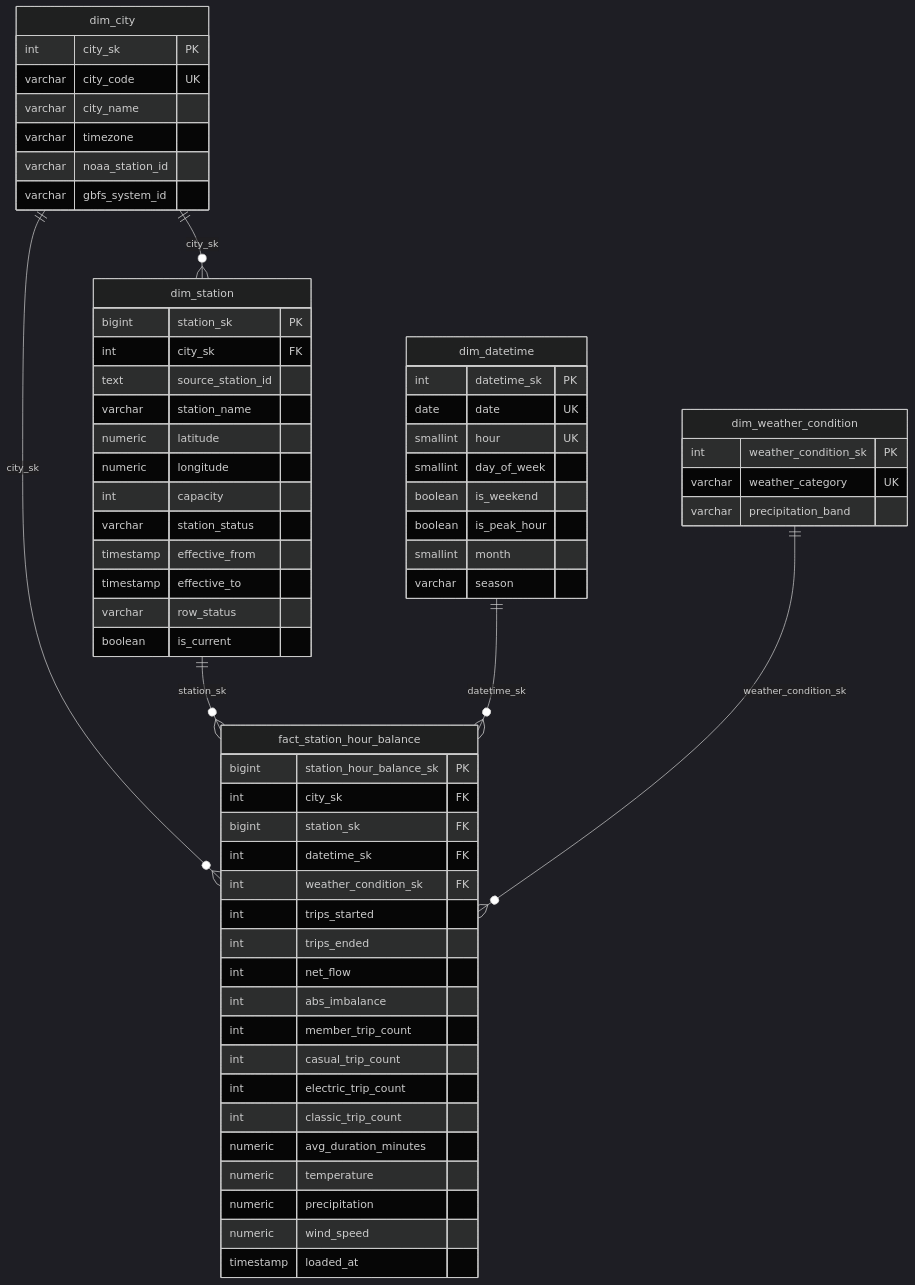
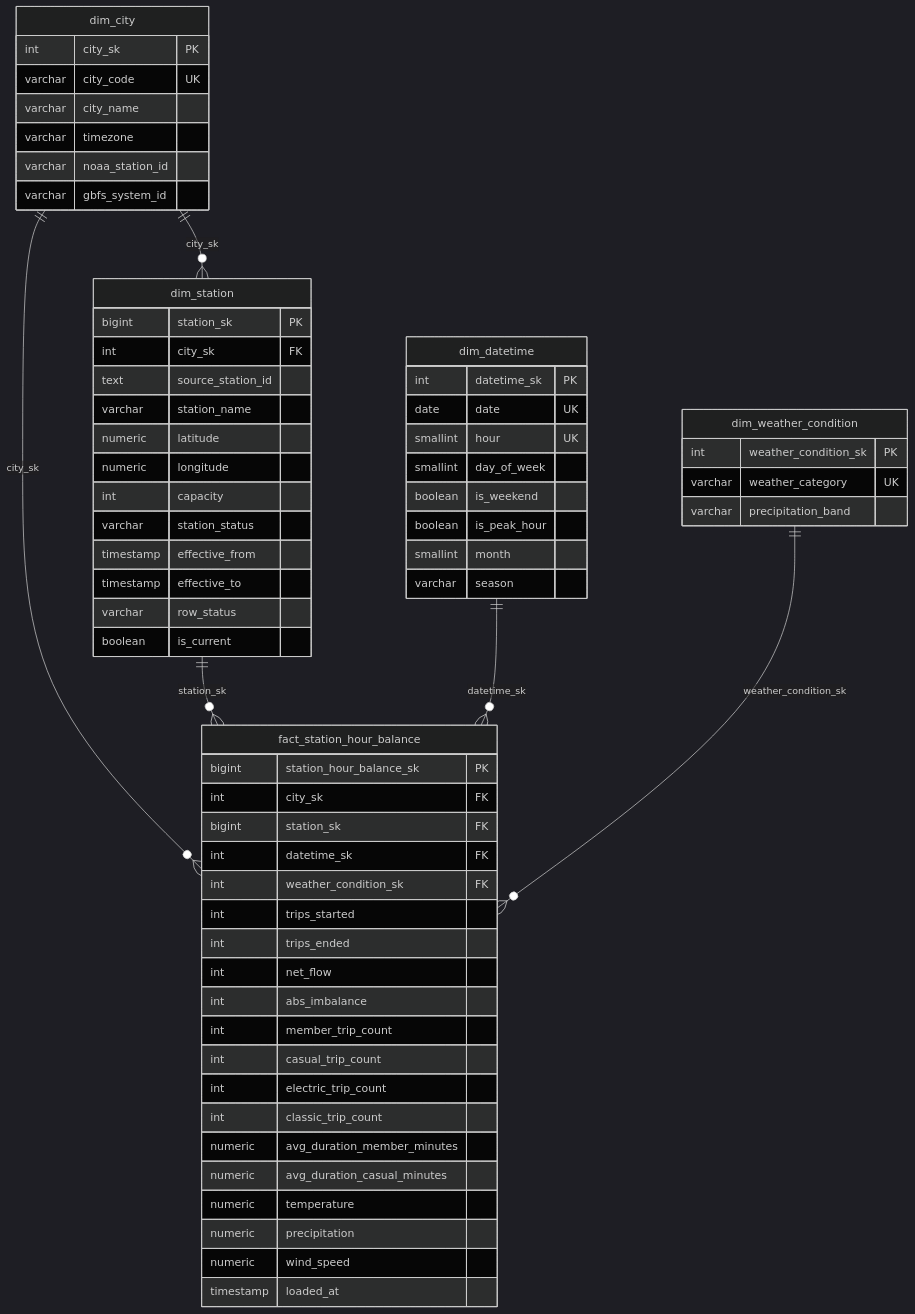
One commit to 1653072/hcmus-master-is-bi changed the sixth of 6 diagrams in 4_Official_Hop_Project/README.md. Above: the diagram before and after it, drawn with Mermaid (dark theme). The commit also changed 38 other files, not shown here.

````diff
--- a/4_Official_Hop_Project/README.md
+++ b/4_Official_Hop_Project/README.md
@@ -866,65 +866,66 @@
 ```mermaid
 erDiagram
   dim_city {
     int city_sk PK
     varchar city_code UK
     varchar city_name
     varchar timezone
     varchar noaa_station_id
     varchar gbfs_system_id
   }
   dim_station {
     bigint station_sk PK
     int city_sk FK
     text source_station_id
     varchar station_name
     numeric latitude
     numeric longitude
     int capacity
     varchar station_status
     timestamp effective_from
     timestamp effective_to
     varchar row_status
     boolean is_current
   }
   dim_datetime {
     int datetime_sk PK
     date date UK
     smallint hour UK
     smallint day_of_week
     boolean is_weekend
     boolean is_peak_hour
     smallint month
     varchar season
   }
   dim_weather_condition {
     int weather_condition_sk PK
     varchar weather_category UK
     varchar precipitation_band
   }
   fact_station_hour_balance {
     bigint station_hour_balance_sk PK
     int city_sk FK
     bigint station_sk FK
     int datetime_sk FK
     int weather_condition_sk FK
     int trips_started
     int trips_ended
     int net_flow
     int abs_imbalance
     int member_trip_count
     int casual_trip_count
     int electric_trip_count
     int classic_trip_count
-    numeric avg_duration_minutes
+    numeric avg_duration_member_minutes
+    numeric avg_duration_casual_minutes
     numeric temperature
     numeric precipitation
     numeric wind_speed
     timestamp loaded_at
   }
   dim_city ||--o{ fact_station_hour_balance : city_sk
   dim_station ||--o{ fact_station_hour_balance : station_sk
   dim_datetime ||--o{ fact_station_hour_balance : datetime_sk
   dim_weather_condition ||--o{ fact_station_hour_balance : weather_condition_sk
   dim_city ||--o{ dim_station : city_sk
 ```
````
